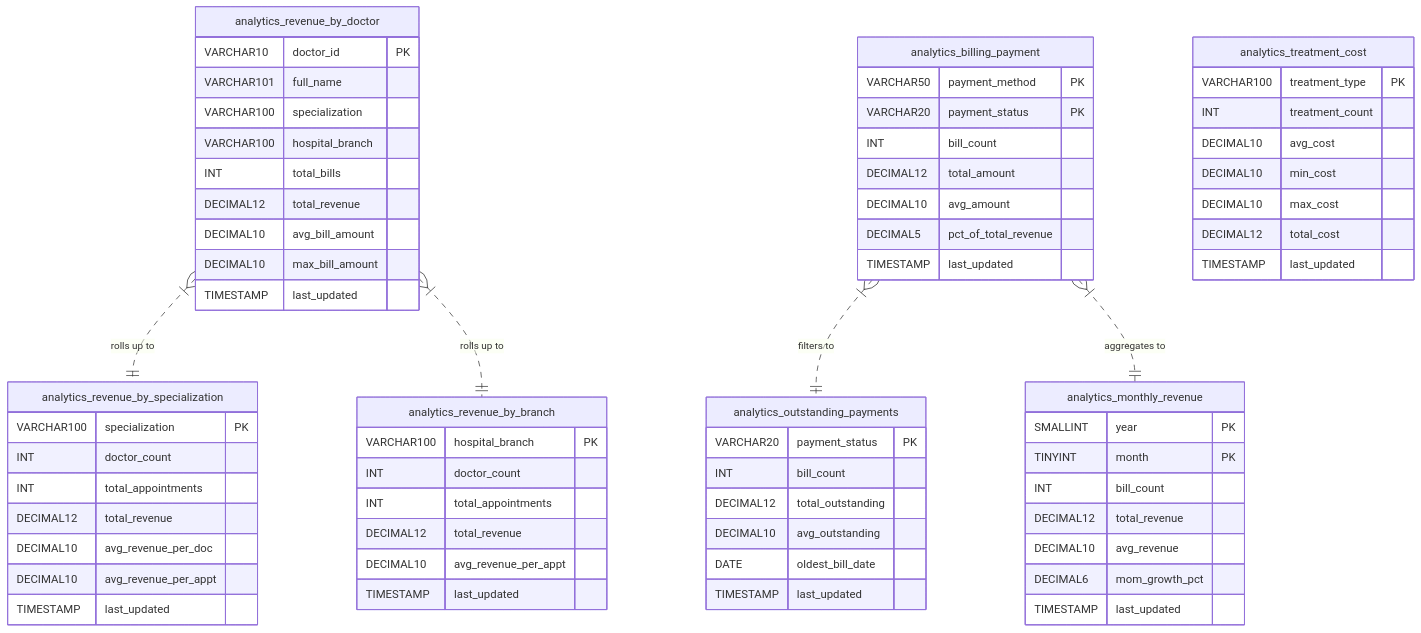
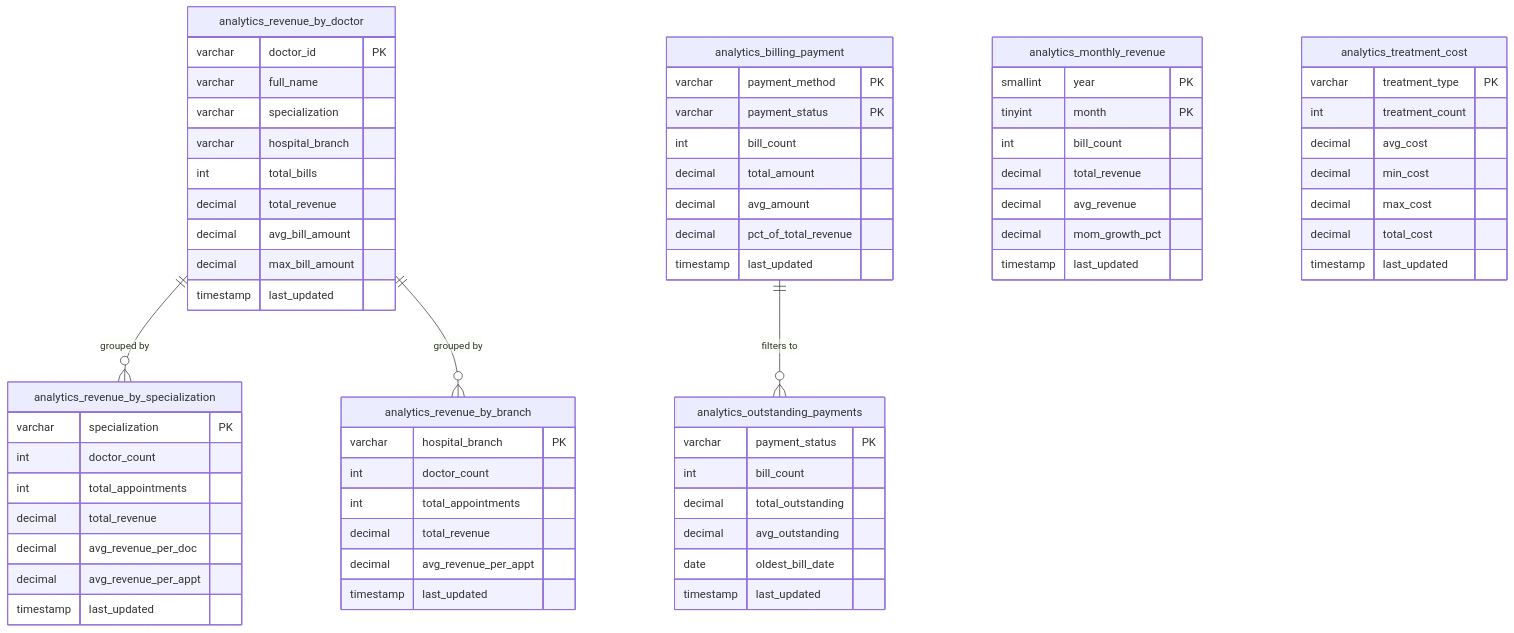
One commit to PampariNaresh/healthcare-data-platform changed diagram 12 of 15 in PROJECT_DOCUMENTATION.md. Above: the diagram before and after it, drawn with Mermaid. The commit also changed other lines of this file, not shown here.

First line of the commit message:
fix: correct Mermaid erDiagram syntax for GitHub rendering

````diff
--- a/PROJECT_DOCUMENTATION.md
+++ b/PROJECT_DOCUMENTATION.md
@@ -1268,77 +1268,76 @@
 ```mermaid
 erDiagram
     analytics_revenue_by_doctor {
-        VARCHAR10   doctor_id          PK
-        VARCHAR101  full_name
-        VARCHAR100  specialization
-        VARCHAR100  hospital_branch
-        INT         total_bills
-        DECIMAL12   total_revenue
-        DECIMAL10   avg_bill_amount
-        DECIMAL10   max_bill_amount
-        TIMESTAMP   last_updated
+        varchar   doctor_id PK
+        varchar   full_name
+        varchar   specialization
+        varchar   hospital_branch
+        int       total_bills
+        decimal   total_revenue
+        decimal   avg_bill_amount
+        decimal   max_bill_amount
+        timestamp last_updated
     }
 
     analytics_revenue_by_specialization {
-        VARCHAR100  specialization         PK
-        INT         doctor_count
-        INT         total_appointments
-        DECIMAL12   total_revenue
-        DECIMAL10   avg_revenue_per_doc
-        DECIMAL10   avg_revenue_per_appt
-        TIMESTAMP   last_updated
+        varchar   specialization PK
+        int       doctor_count
+        int       total_appointments
+        decimal   total_revenue
+        decimal   avg_revenue_per_doc
+        decimal   avg_revenue_per_appt
+        timestamp last_updated
     }
 
     analytics_revenue_by_branch {
-        VARCHAR100  hospital_branch        PK
-        INT         doctor_count
-        INT         total_appointments
-        DECIMAL12   total_revenue
-        DECIMAL10   avg_revenue_per_appt
-        TIMESTAMP   last_updated
+        varchar   hospital_branch PK
+        int       doctor_count
+        int       total_appointments
+        decimal   total_revenue
+        decimal   avg_revenue_per_appt
+        timestamp last_updated
     }
 
     analytics_billing_payment {
-        VARCHAR50   payment_method         PK
-        VARCHAR20   payment_status         PK
-        INT         bill_count
-        DECIMAL12   total_amount
-        DECIMAL10   avg_amount
-        DECIMAL5    pct_of_total_revenue
-        TIMESTAMP   last_updated
+        varchar   payment_method PK
+        varchar   payment_status PK
+        int       bill_count
+        decimal   total_amount
+        decimal   avg_amount
+        decimal   pct_of_total_revenue
+        timestamp last_updated
     }
 
     analytics_outstanding_payments {
-        VARCHAR20   payment_status         PK
-        INT         bill_count
-        DECIMAL12   total_outstanding
-        DECIMAL10   avg_outstanding
-        DATE        oldest_bill_date
-        TIMESTAMP   last_updated
+        varchar   payment_status PK
+        int       bill_count
+        decimal   total_outstanding
+        decimal   avg_outstanding
+        date      oldest_bill_date
+        timestamp last_updated
     }
 
     analytics_monthly_revenue {
-        SMALLINT    year                   PK
-        TINYINT     month                  PK
-        INT         bill_count
-        DECIMAL12   total_revenue
-        DECIMAL10   avg_revenue
-        DECIMAL6    mom_growth_pct
-        TIMESTAMP   last_updated
+        smallint  year PK
+        tinyint   month PK
+        int       bill_count
+        decimal   total_revenue
+        decimal   avg_revenue
+        decimal   mom_growth_pct
+        timestamp last_updated
     }
 
     analytics_treatment_cost {
-        VARCHAR100  treatment_type         PK
-        INT         treatment_count
-        DECIMAL10   avg_cost
-        DECIMAL10   min_cost
-        DECIMAL10   max_cost
-        DECIMAL12   total_cost
-        TIMESTAMP   last_updated
+        varchar   treatment_type PK
+        int       treatment_count
+        decimal   avg_cost
+        decimal   min_cost
+        decimal   max_cost
+        decimal   total_cost
+        timestamp last_updated
     }
 
-    analytics_revenue_by_doctor         }|..|| analytics_revenue_by_specialization : "rolls up to"
-    analytics_revenue_by_doctor         }|..|| analytics_revenue_by_branch          : "rolls up to"
-    analytics_billing_payment           }|..|| analytics_outstanding_payments        : "filters to"
-    analytics_billing_payment           }|..|| analytics_monthly_revenue             : "aggregates to"
+    analytics_revenue_by_doctor ||--o{ analytics_revenue_by_specialization : "grouped by"
+    analytics_revenue_by_doctor ||--o{ analytics_revenue_by_branch : "grouped by"
+    analytics_billing_payment   ||--o{ analytics_outstanding_payments : "filters to"
 ```
````
